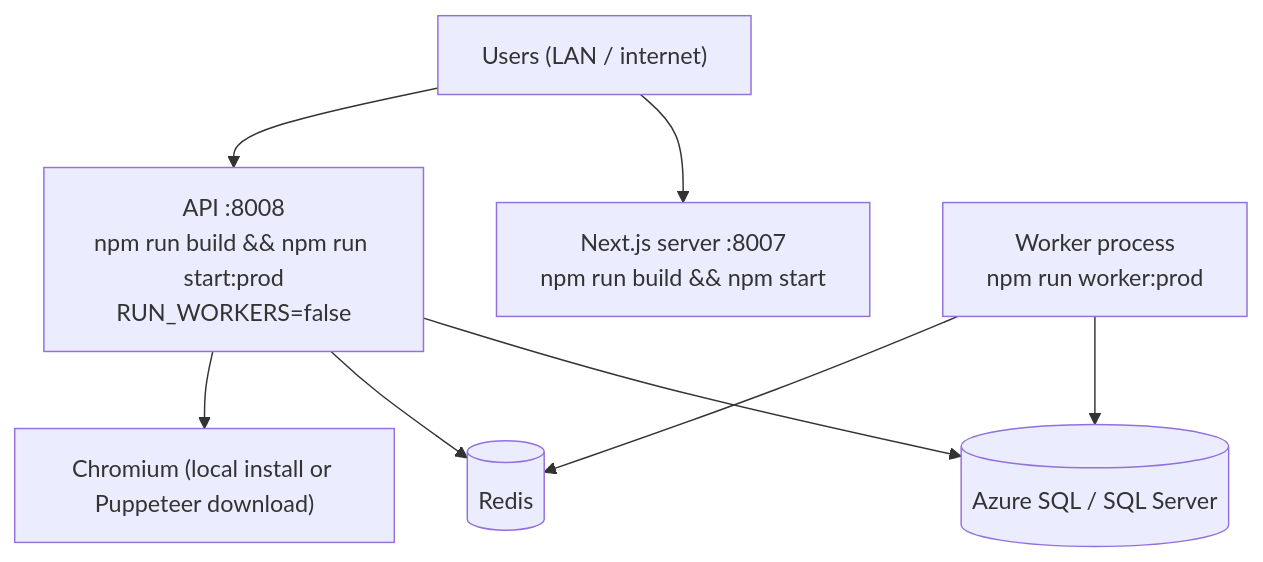
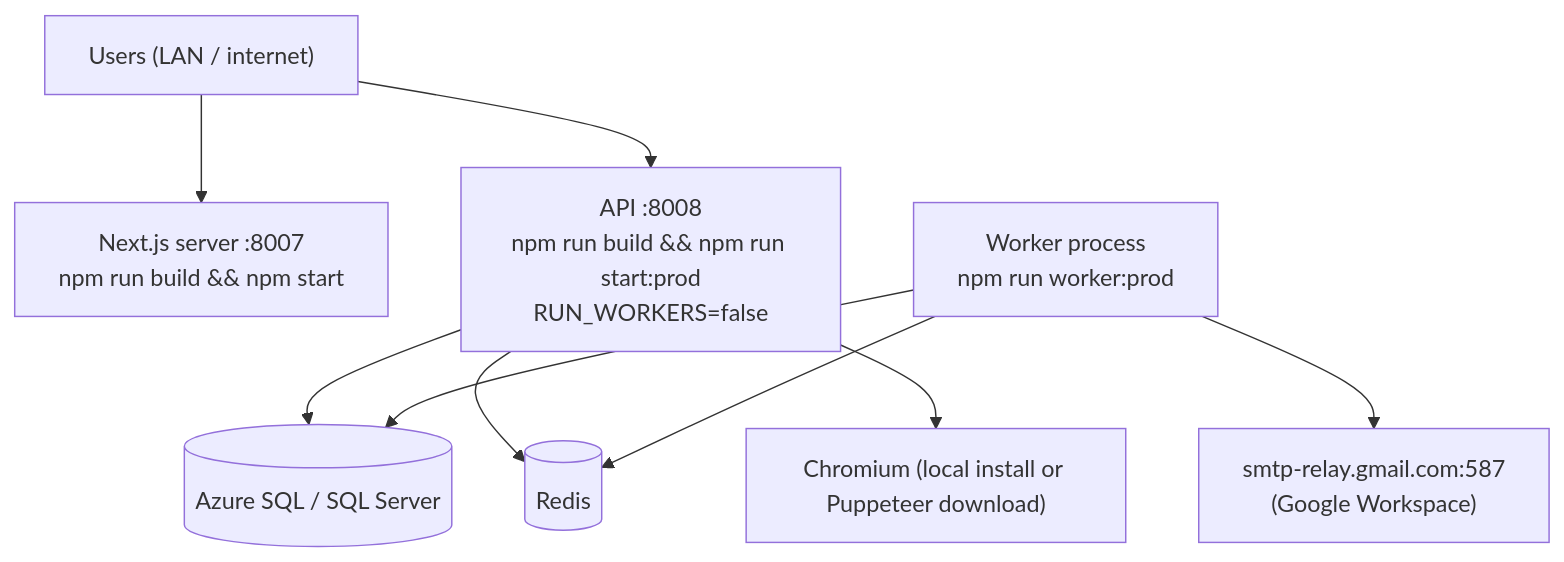
One commit to shivansh14503/nandini-crm changed the fifth of 5 diagrams in docs/system-design.md. Above: the diagram before and after it, drawn with Mermaid. The commit also changed other lines of this file and 16 other files, not shown here.

````diff
--- a/docs/system-design.md
+++ b/docs/system-design.md
@@ -428,11 +582,12 @@
 ```mermaid
 flowchart TB
     U["Users (LAN / internet)"] --> FE["Next.js server :8007<br/>npm run build && npm start"]
     U --> API["API :8008<br/>npm run build && npm run start:prod<br/>RUN_WORKERS=false"]
     WRK["Worker process<br/>npm run worker:prod"] 
     API --> SQL[("Azure SQL / SQL Server")]
     API --> R[("Redis")]
     WRK --> SQL
     WRK --> R
+    WRK --> M["smtp-relay.gmail.com:587<br/>(Google Workspace)"]
     API --> C["Chromium (local install or Puppeteer download)"]
 ```
````
